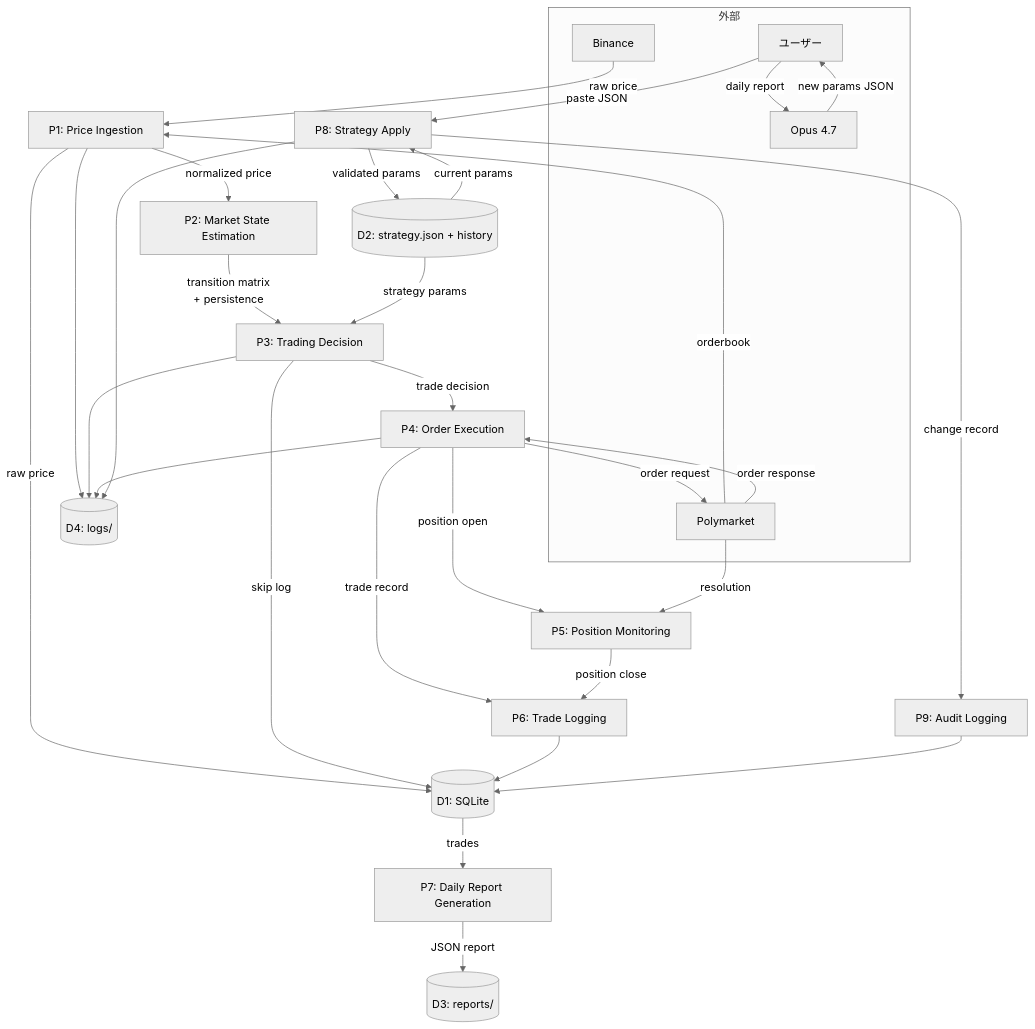
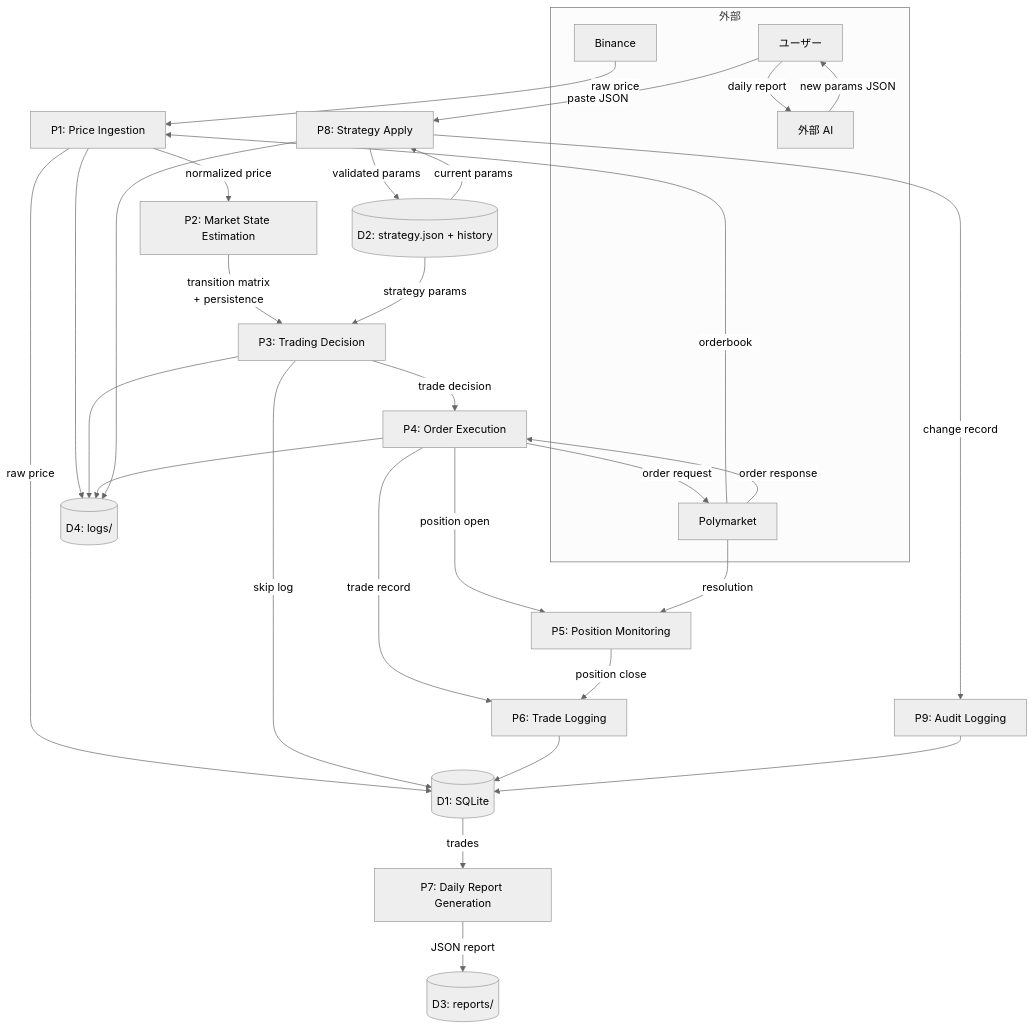
One commit to matrix9neonebuchadnezzar2199-sketch/YoRuu changed the second of 2 diagrams in docs/design/04_data_flow.md. Above: the diagram before and after it, drawn with Mermaid (neutral theme). The commit also changed other lines of this file and 16 other files, not shown here.

````diff
--- a/docs/design/04_data_flow.md
+++ b/docs/design/04_data_flow.md
@@ -38,53 +38,53 @@
 ```mermaid
 flowchart TB
     subgraph EXT[外部]
         BIN[Binance]
         POLY[Polymarket]
         USER[ユーザー]
-        OPUS[Opus 4.7]
+        AI[外部 AI]
     end
 
     P1[P1: Price Ingestion]
     P2[P2: Market State Estimation]
     P3[P3: Trading Decision]
     P4[P4: Order Execution]
     P5[P5: Position Monitoring]
     P6[P6: Trade Logging]
     P7[P7: Daily Report Generation]
     P8[P8: Strategy Apply]
     P9[P9: Audit Logging]
 
     D1[(D1: SQLite)]
     D2[(D2: strategy.json + history)]
     D3[(D3: reports/)]
     D4[(D4: logs/)]
 
     BIN -->|raw price| P1
     POLY -->|orderbook| P1
     P1 -->|normalized price| P2
     P1 -->|raw price| D1
     P2 -->|transition matrix\n+ persistence| P3
     D2 -->|strategy params| P3
     P3 -->|trade decision| P4
     P3 -->|skip log| D1
     P4 -->|order request| POLY
     POLY -->|order response| P4
     P4 -->|trade record| P6
     P6 --> D1
     P4 -->|position open| P5
     POLY -->|resolution| P5
     P5 -->|position close| P6
     D1 -->|trades| P7
     P7 -->|JSON report| D3
-    USER -->|daily report| OPUS
-    OPUS -->|new params JSON| USER
+    USER -->|daily report| AI
+    AI -->|new params JSON| USER
     USER -->|paste JSON| P8
     D2 -->|current params| P8
     P8 -->|validated params| D2
     P8 -->|change record| P9
     P9 --> D1
     P1 --> D4
     P3 --> D4
     P4 --> D4
     P8 --> D4
 ```
````
